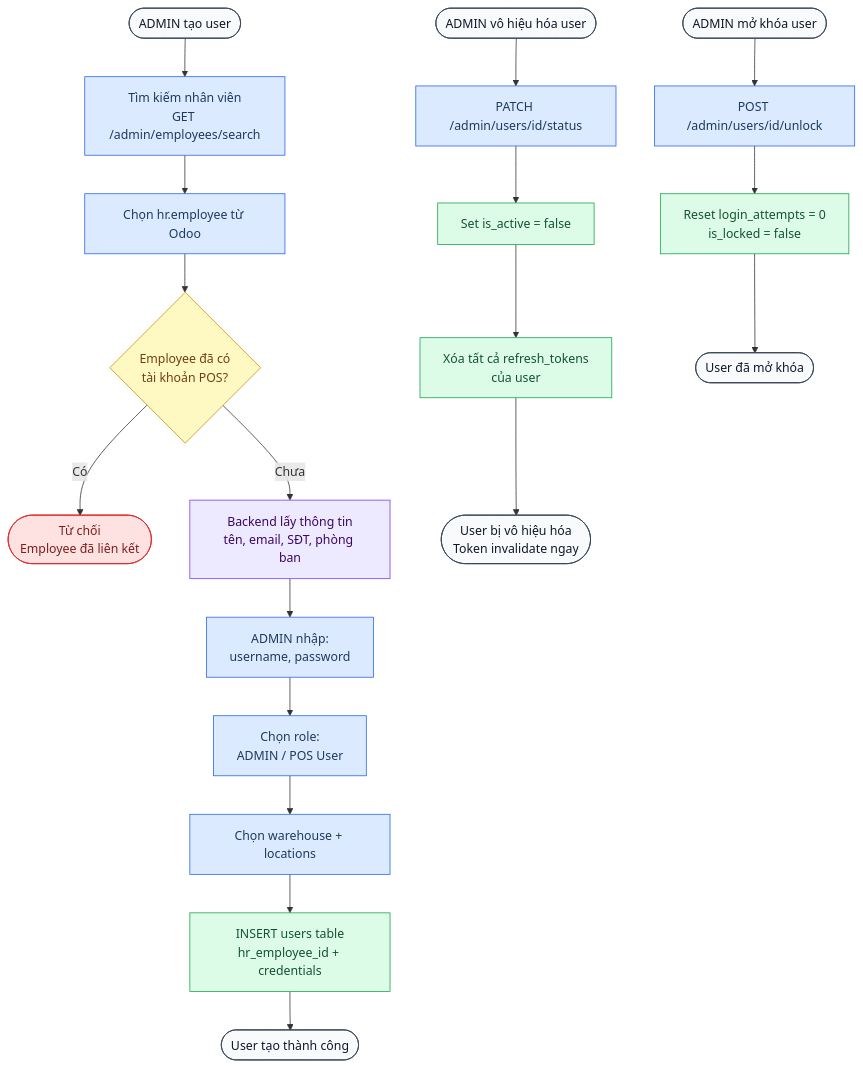
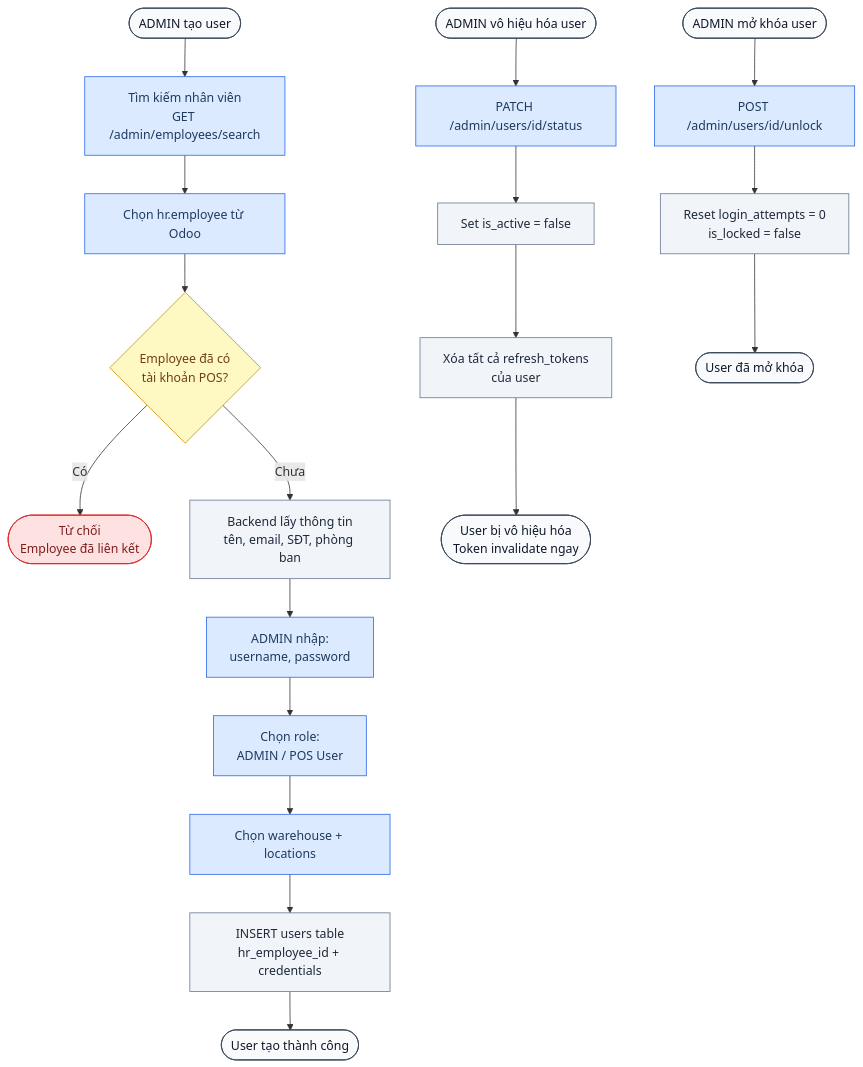
One commit to ngohuuduc/VJ_mobile_POS changed the ninth of 15 diagrams in process_flow.md. Above: the diagram before and after it, drawn with Mermaid. The commit also changed other lines of this file and 2 other files, not shown here.

Commit message:
Update documentation: increment version and update last modified date for open questions, process flow, and scope documents

````diff
--- a/process_flow.md
+++ b/process_flow.md
@@ -331,30 +373,29 @@
 ```mermaid
 flowchart TD
     classDef user fill:#DBEAFE,stroke:#2563EB,color:#1e3a5f
     classDef system fill:#F1F5F9,stroke:#64748B,color:#1e293b
-    classDef odoo fill:#EDE9FE,stroke:#7C3AED,color:#3b0764
-    classDef db fill:#DCFCE7,stroke:#16A34A,color:#14532d
+    classDef accountant fill:#CCFBF1,stroke:#0D9488,color:#134E4A
     classDef decision fill:#FEF9C3,stroke:#CA8A04,color:#713f12
     classDef terminal fill:#F8FAFC,stroke:#334155,color:#0f172a
     classDef warning fill:#FEE2E2,stroke:#DC2626,color:#7f1d1d
 
     A([ADMIN tạo user]):::terminal --> B[Tìm kiếm nhân viên\nGET /admin/employees/search]:::user
     B --> C[Chọn hr.employee từ Odoo]:::user
     C --> D{Employee đã có\ntài khoản POS?}:::decision
     D -- Có --> E([Từ chối\nEmployee đã liên kết]):::warning
-    D -- Chưa --> F[Backend lấy thông tin\ntên, email, SĐT, phòng ban]:::odoo
+    D -- Chưa --> F[Backend lấy thông tin\ntên, email, SĐT, phòng ban]:::system
     F --> G[ADMIN nhập:\nusername, password]:::user
     G --> H[Chọn role:\nADMIN / POS User]:::user
     H --> I[Chọn warehouse + locations]:::user
-    I --> J[INSERT users table\nhr_employee_id + credentials]:::db
+    I --> J[INSERT users table\nhr_employee_id + credentials]:::system
     J --> K([User tạo thành công]):::terminal
 
     L([ADMIN vô hiệu hóa user]):::terminal --> M[PATCH /admin/users/id/status]:::user
-    M --> N[Set is_active = false]:::db
-    N --> O[Xóa tất cả refresh_tokens\ncủa user]:::db
+    M --> N[Set is_active = false]:::system
+    N --> O[Xóa tất cả refresh_tokens\ncủa user]:::system
     O --> P([User bị vô hiệu hóa\nToken invalidate ngay]):::terminal
 
     Q([ADMIN mở khóa user]):::terminal --> R[POST /admin/users/id/unlock]:::user
-    R --> S[Reset login_attempts = 0\nis_locked = false]:::db
+    R --> S[Reset login_attempts = 0\nis_locked = false]:::system
     S --> T([User đã mở khóa]):::terminal
 ```
````
